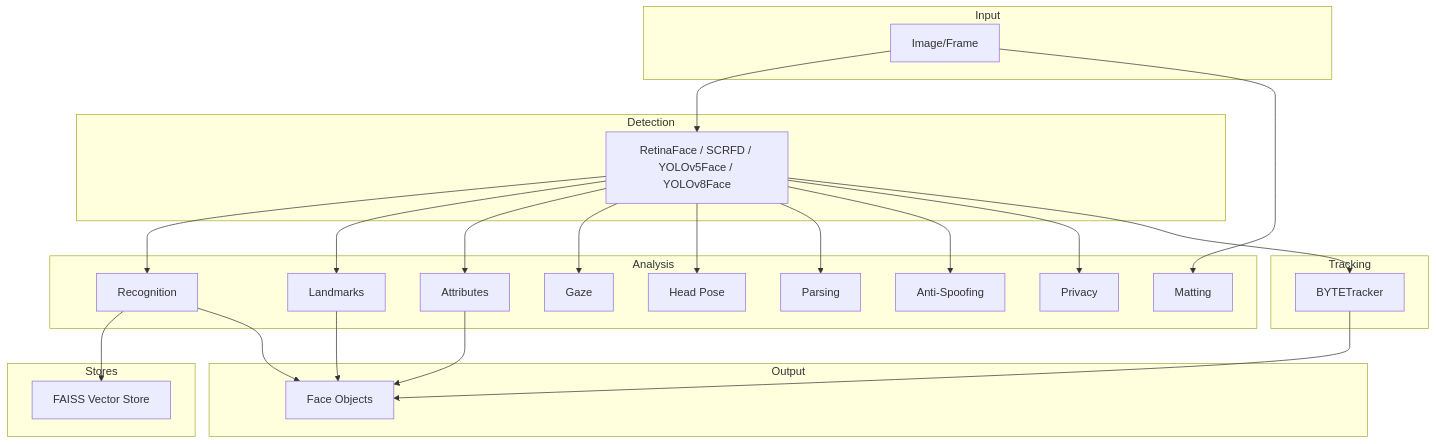
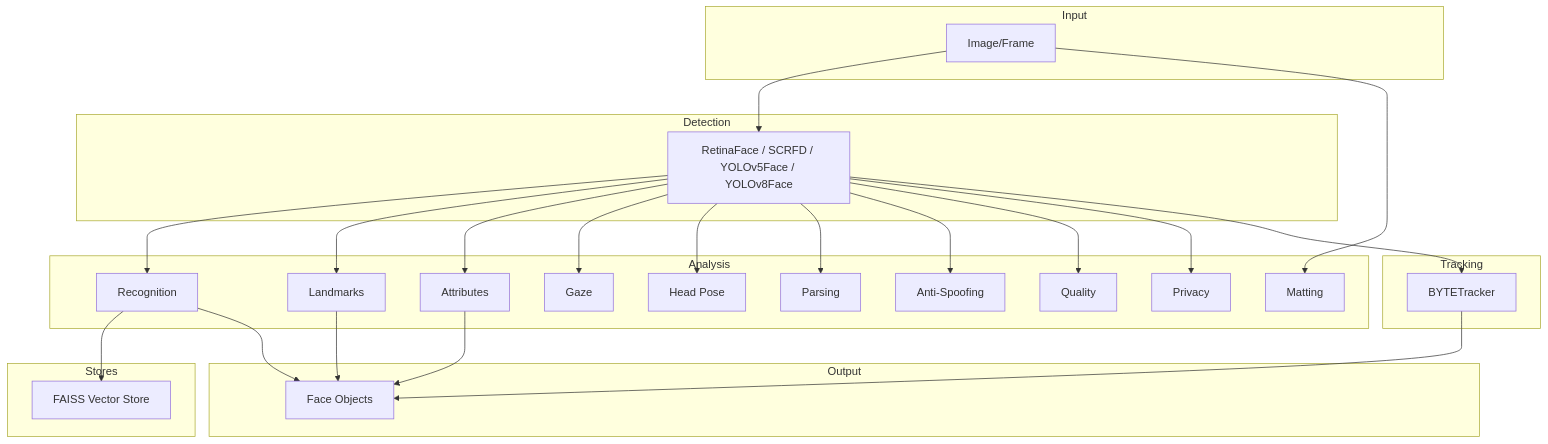
One commit to yakhyo/uniface changed the diagram in docs/concepts/overview.md. Above: the diagram before and after it, drawn with Mermaid. The commit also changed other lines of this file and 29 other files, not shown here.

````diff
--- a/docs/concepts/overview.md
+++ b/docs/concepts/overview.md
@@ -11,51 +11,53 @@
 ```mermaid
 graph TB
     subgraph Input
         IMG[Image/Frame]
     end
 
     subgraph Detection
         DET[RetinaFace / SCRFD / YOLOv5Face / YOLOv8Face]
     end
 
     subgraph Analysis
         REC[Recognition]
         LMK[Landmarks]
         ATTR[Attributes]
         GAZE[Gaze]
         HPOSE[Head Pose]
         PARSE[Parsing]
         SPOOF[Anti-Spoofing]
+        QUAL[Quality]
         MATT[Matting]
         PRIV[Privacy]
     end
 
     subgraph Tracking
         TRK[BYTETracker]
     end
 
     subgraph Stores
         IDX[FAISS Vector Store]
     end
 
     subgraph Output
         FACE[Face Objects]
     end
 
     IMG --> DET
     IMG --> MATT
     DET --> REC
     DET --> LMK
     DET --> ATTR
     DET --> GAZE
     DET --> HPOSE
     DET --> PARSE
     DET --> SPOOF
+    DET --> QUAL
     DET --> PRIV
     DET --> TRK
     REC --> IDX
     REC --> FACE
     LMK --> FACE
     ATTR --> FACE
     TRK --> FACE
 ```
````
